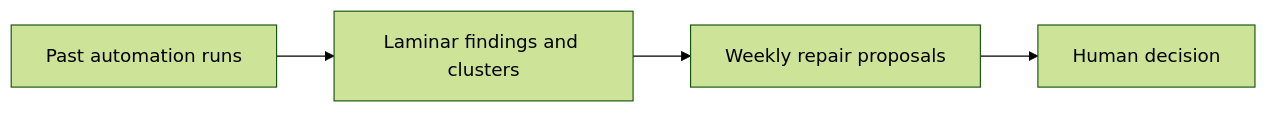
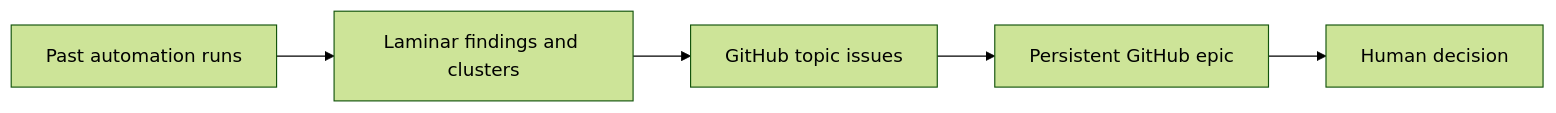
The first of 2 diagrams in automations/weekly-automation-improvement/HOW_IT_WORKS.md (OpenHands/oss-agent-canvas), drawn with Mermaid (forest theme) before and after one commit. The commit also changed 8 other files, not shown here.

Commit message:
Publish a persistent epic for open improvement issues

````diff
--- a/automations/weekly-automation-improvement/HOW_IT_WORKS.md
+++ b/automations/weekly-automation-improvement/HOW_IT_WORKS.md
@@ -11,6 +11,7 @@
 ```mermaid
 flowchart LR
     runs["Past automation runs"] --> findings["Laminar findings and clusters"]
-    findings --> proposals["Weekly repair proposals"]
-    proposals --> human["Human decision"]
+    findings --> issues["GitHub topic issues"]
+    issues --> epic["Persistent GitHub epic"]
+    epic --> human["Human decision"]
 ```
````
